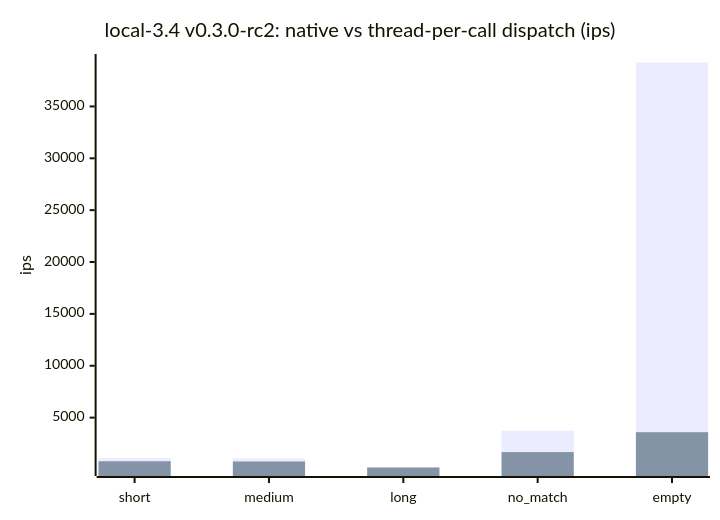
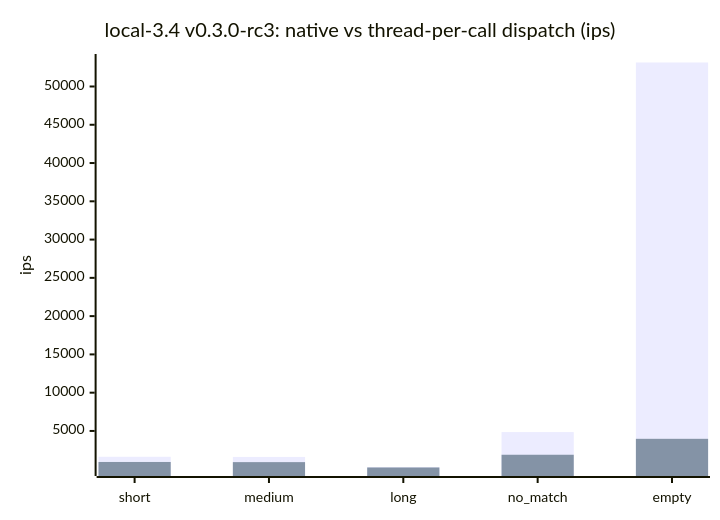
The fourth of 7 diagrams in docs/benchmarks/README.md (cpb/duckling), drawn with Mermaid before and after one commit. The commit also changed other lines of this file and 3 other files, not shown here.

````diff
--- a/docs/benchmarks/README.md
+++ b/docs/benchmarks/README.md
@@ -165,8 +165,8 @@
 ```mermaid
 xychart-beta
-    title "local-3.4 v0.3.0-rc2: native vs thread-per-call dispatch (ips)"
+    title "local-3.4 v0.3.0-rc3: native vs thread-per-call dispatch (ips)"
     x-axis [short, medium, long, no_match, empty]
     y-axis "ips"
-    bar "native" [1105.4, 1077.8, 210.0, 3743.2, 39235.9]
-    bar "thread-per-call" [793.1, 773.6, 190.9, 1677.7, 3595.0]
+    bar "native" [1628.0, 1606.0, 281.1, 4851.2, 53133.8]
+    bar "thread-per-call" [946.5, 927.0, 225.1, 1890.6, 3972.7]
 ```
````
